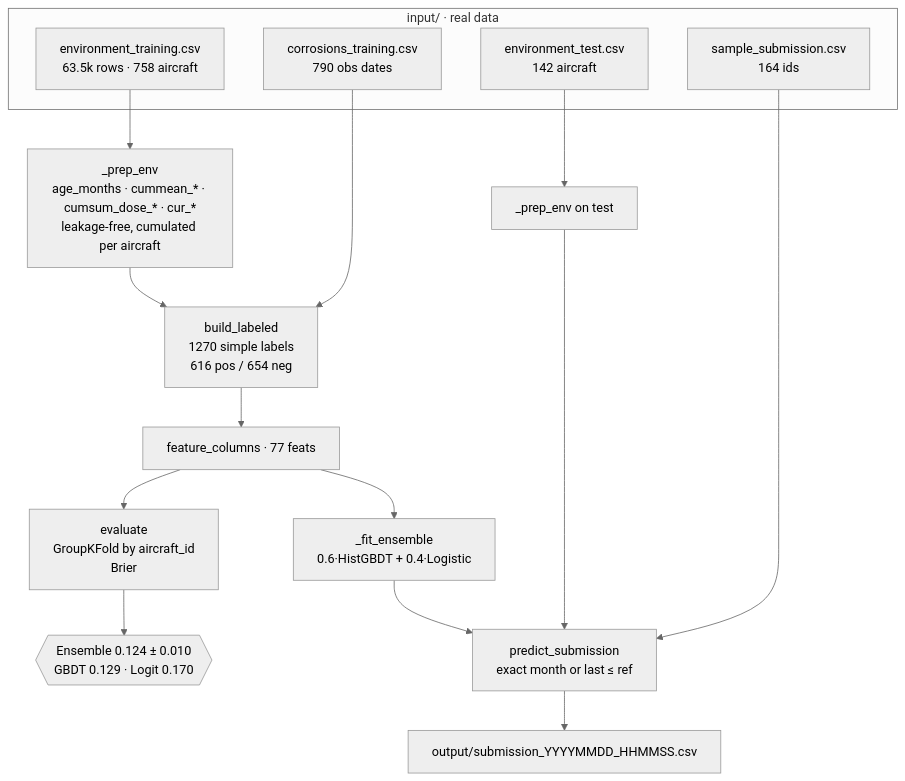
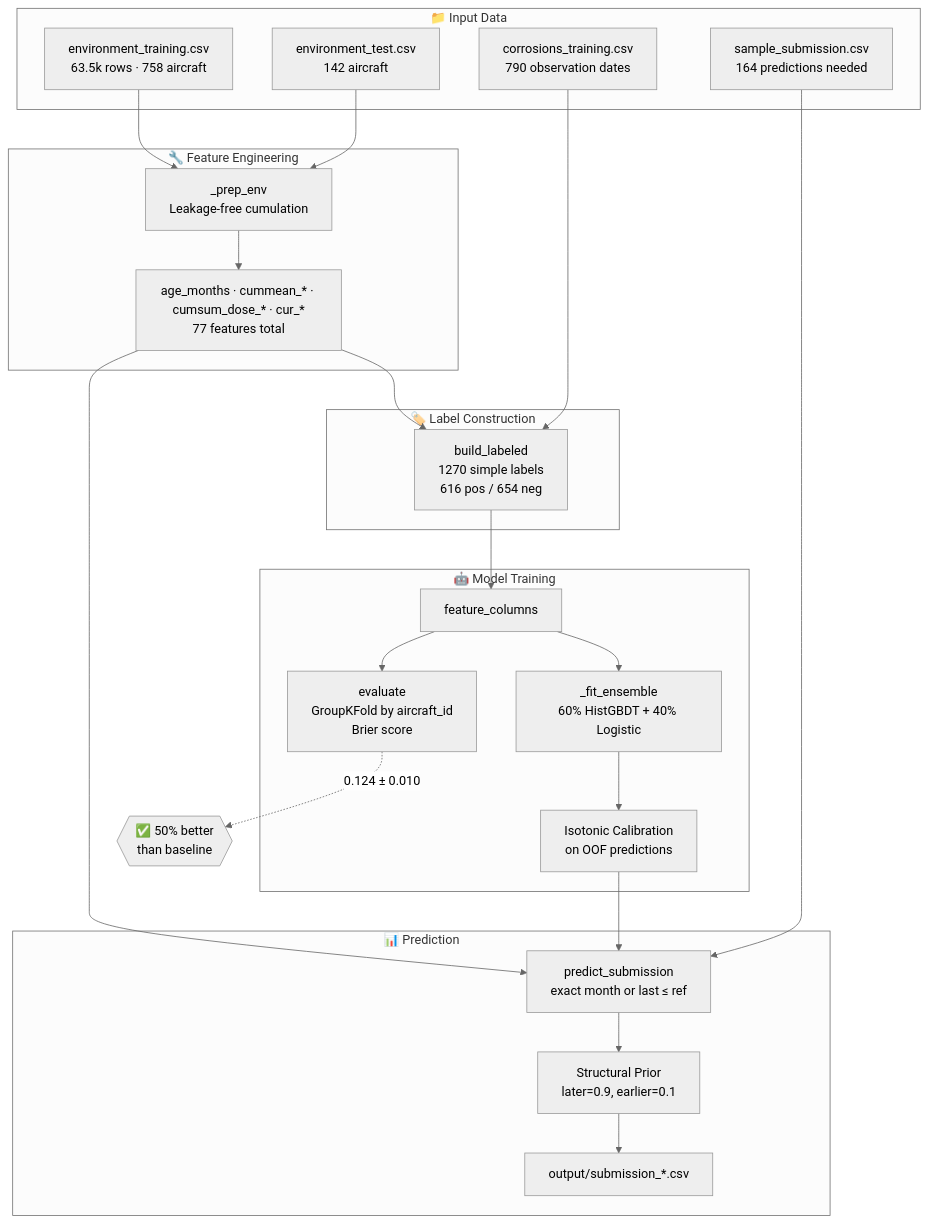
One commit to TABguy/HAAAAAAAAAAAAAAA changed the diagram in Architecture.md. Above: the diagram before and after it, drawn with Mermaid (neutral theme). The commit also changed other lines of this file and 13 other files, not shown here.

````diff
--- a/Architecture.md
+++ b/Architecture.md
@@ -5,24 +5,48 @@
 ```mermaid
 flowchart TD
-    subgraph IN[input/ · real data]
+    subgraph INPUT[📁 Input Data]
         ET[environment_training.csv<br/>63.5k rows · 758 aircraft]
-        CT[corrosions_training.csv<br/>790 obs dates]
+        CT[corrosions_training.csv<br/>790 observation dates]
         TE[environment_test.csv<br/>142 aircraft]
-        SS[sample_submission.csv<br/>164 ids]
+        SS[sample_submission.csv<br/>164 predictions needed]
     end
 
-    ET --> PREP[_prep_env<br/>age_months · cummean_* · cumsum_dose_* · cur_*<br/>leakage-free, cumulated per aircraft]
-    PREP --> LAB[build_labeled<br/>1270 simple labels<br/>616 pos / 654 neg]
+    subgraph PREP[🔧 Feature Engineering]
+        PREP1[_prep_env<br/>Leakage-free cumulation]
+        PREP2[age_months · cummean_* · cumsum_dose_* · cur_*<br/>77 features total]
+    end
+
+    subgraph LABEL[🏷️ Label Construction]
+        LAB[build_labeled<br/>1270 simple labels<br/>616 pos / 654 neg]
+    end
+
+    subgraph MODEL[🤖 Model Training]
+        FEAT[feature_columns]
+        EVAL[evaluate<br/>GroupKFold by aircraft_id<br/>Brier score]
+        FIT[_fit_ensemble<br/>60% HistGBDT + 40% Logistic]
+        CAL[Isotonic Calibration<br/>on OOF predictions]
+    end
+
+    subgraph OUTPUT[📊 Prediction]
+        PRED[predict_submission<br/>exact month or last ≤ ref]
+        STRUCT[Structural Prior<br/>later=0.9, earlier=0.1]
+        OUT[output/submission_*.csv]
+    end
+
+    ET --> PREP1
+    PREP1 --> PREP2
+    PREP2 --> LAB
     CT --> LAB
-    LAB --> FEAT[feature_columns · 77 feats]
-
-    FEAT --> EVAL[evaluate<br/>GroupKFold by aircraft_id<br/>Brier]
-    EVAL --> R{{Ensemble 0.124 ± 0.010<br/>GBDT 0.129 · Logit 0.170}}
-
-    FEAT --> FIT[_fit_ensemble<br/>0.6·HistGBDT + 0.4·Logistic]
-    TE --> PREP2[_prep_env on test]
-    PREP2 --> PRED[predict_submission<br/>exact month or last ≤ ref]
-    FIT --> PRED
+    LAB --> FEAT
+    FEAT --> EVAL
+    FEAT --> FIT
+    FIT --> CAL
+    TE --> PREP1
+    PREP2 --> PRED
+    CAL --> PRED
     SS --> PRED
-    PRED --> OUT[output/submission_YYYYMMDD_HHMMSS.csv]
+    PRED --> STRUCT
+    STRUCT --> OUT
+    
+    EVAL -.->|0.124 ± 0.010| RESULT{{✅ 50% better<br/>than baseline}}
 ```
````
